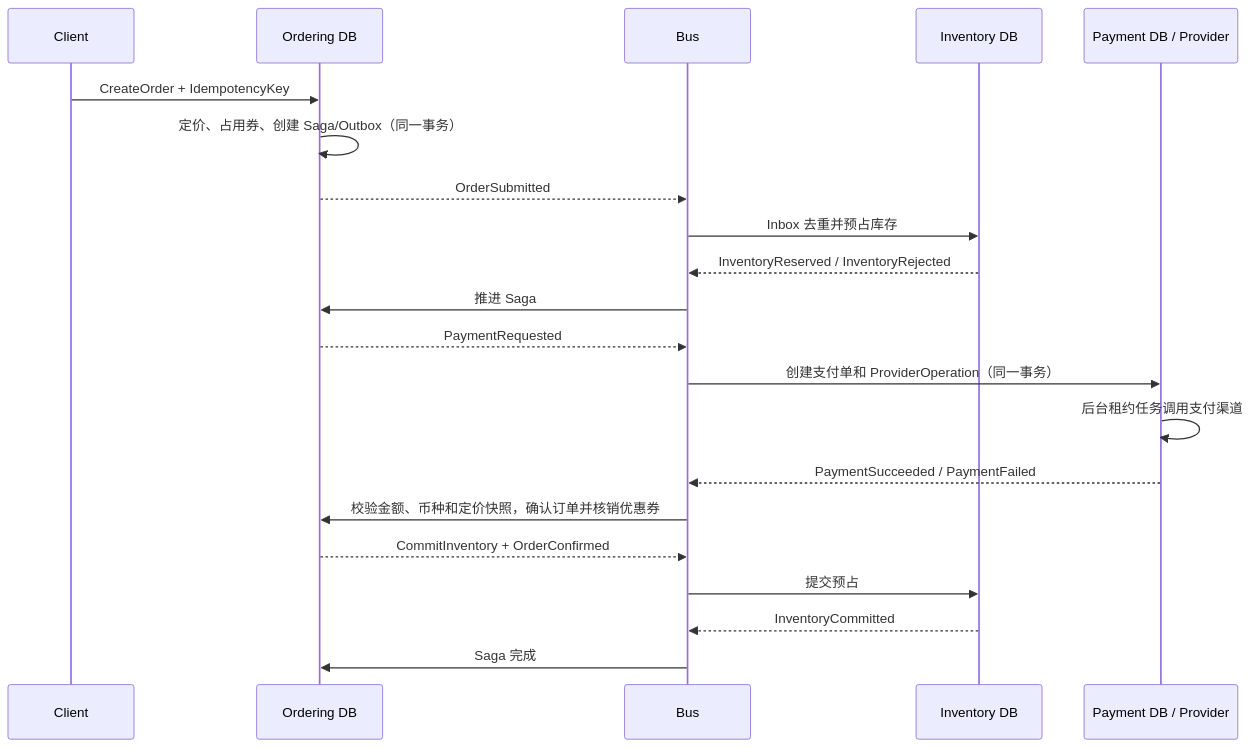
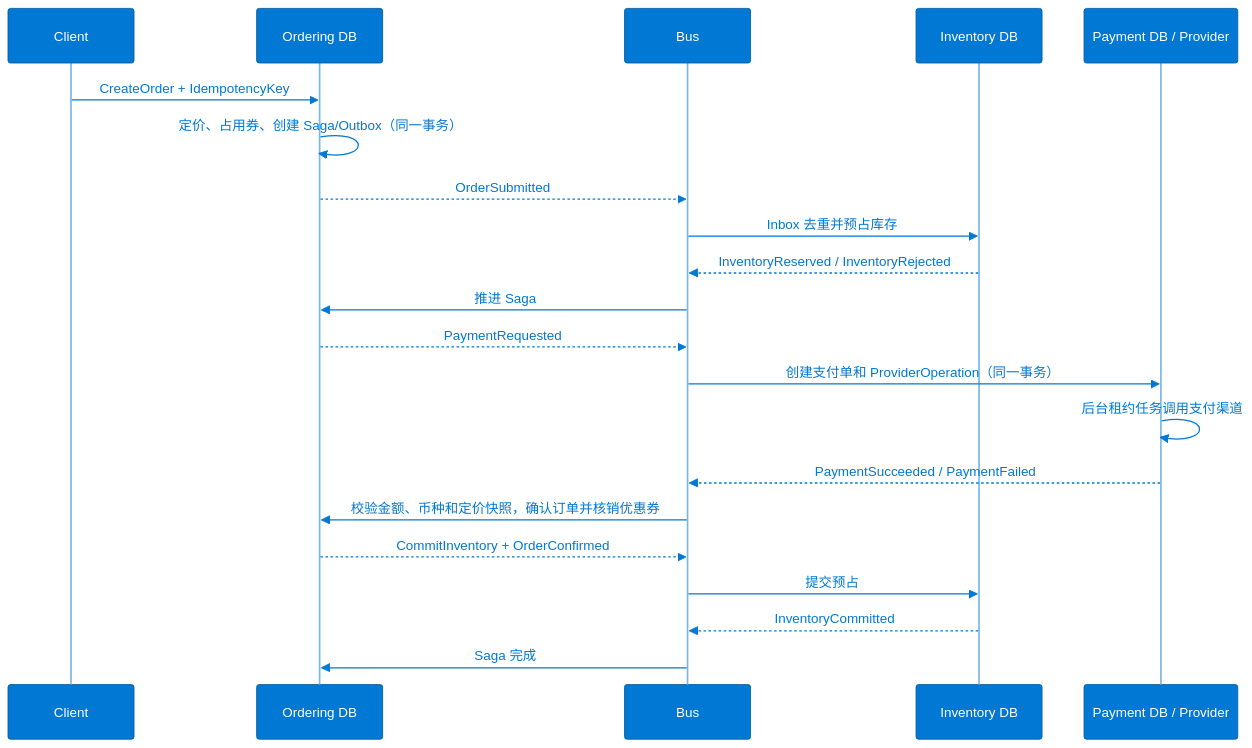
The diagram in docs/core-commerce-refactoring.md (jinzaz/dotnet-microservices-shop), drawn with Mermaid before and after one commit. The commit also changed 1 other file, not shown here.

Commit message:
🎨 optimize

````diff
--- a/docs/core-commerce-refactoring.md
+++ b/docs/core-commerce-refactoring.md
@@ -22,24 +22,25 @@
 ```mermaid
+%%{init: {'theme':'base','themeVariables':{'fontFamily':'Segoe UI, Helvetica, Arial, sans-serif','fontSize':'14px','primaryColor':'#DEECF9','primaryBorderColor':'#0078D4','primaryTextColor':'#003A6C','lineColor':'#0078D4','secondaryColor':'#FFFFFF','tertiaryColor':'#F3F9FD','clusterBkg':'#F3F9FD','clusterBorder':'#79B8E6','edgeLabelBackground':'#FFFFFF','actorBkg':'#0078D4','actorBorder':'#005A9E','actorTextColor':'#FFFFFF','actorLineColor':'#79B8E6','signalColor':'#0078D4','signalTextColor':'#0078D4','noteBkgColor':'#FFF4CE','noteBorderColor':'#C8A400','noteTextColor':'#323130','activationBkgColor':'#DEECF9','activationBorderColor':'#0078D4','labelBoxBkgColor':'#DEECF9','labelBoxBorderColor':'#0078D4','labelTextColor':'#003A6C','loopTextColor':'#0078D4'}}}%%
 sequenceDiagram
     participant Client
     participant Order as Ordering DB
     participant Bus
     participant Stock as Inventory DB
     participant Pay as Payment DB / Provider
 
     Client->>Order: CreateOrder + IdempotencyKey
     Order->>Order: 定价、占用券、创建 Saga/Outbox（同一事务）
     Order-->>Bus: OrderSubmitted
     Bus->>Stock: Inbox 去重并预占库存
     Stock-->>Bus: InventoryReserved / InventoryRejected
     Bus->>Order: 推进 Saga
     Order-->>Bus: PaymentRequested
     Bus->>Pay: 创建支付单和 ProviderOperation（同一事务）
     Pay->>Pay: 后台租约任务调用支付渠道
     Pay-->>Bus: PaymentSucceeded / PaymentFailed
     Bus->>Order: 校验金额、币种和定价快照，确认订单并核销优惠券
     Order-->>Bus: CommitInventory + OrderConfirmed
     Bus->>Stock: 提交预占
     Stock-->>Bus: InventoryCommitted
     Bus->>Order: Saga 完成
 ```
````
